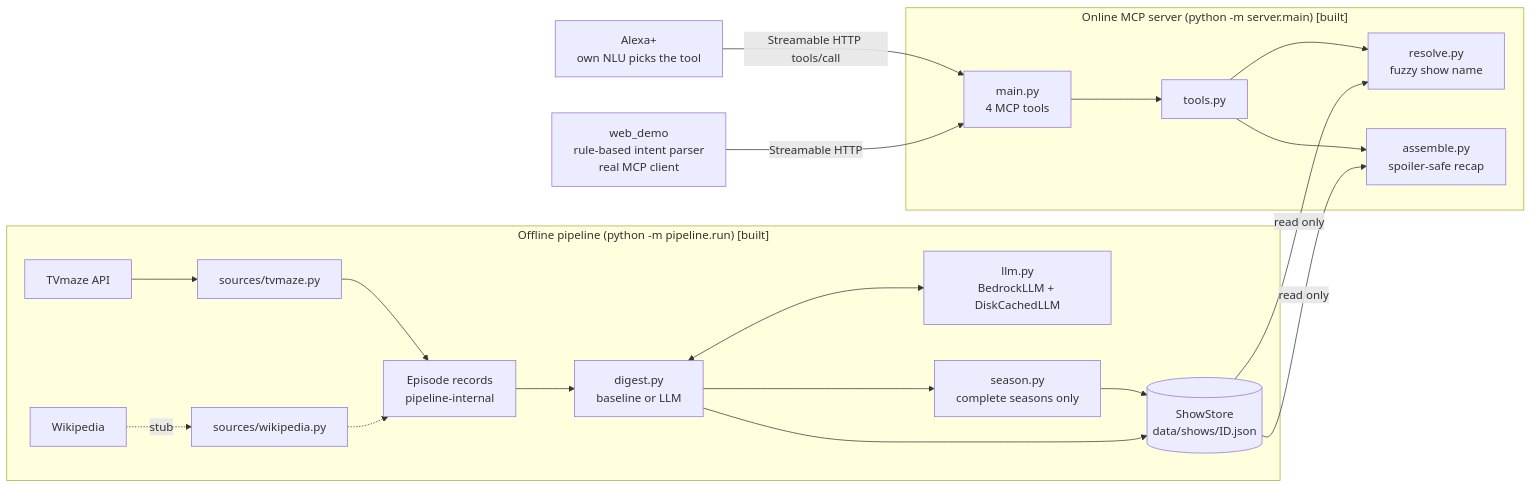
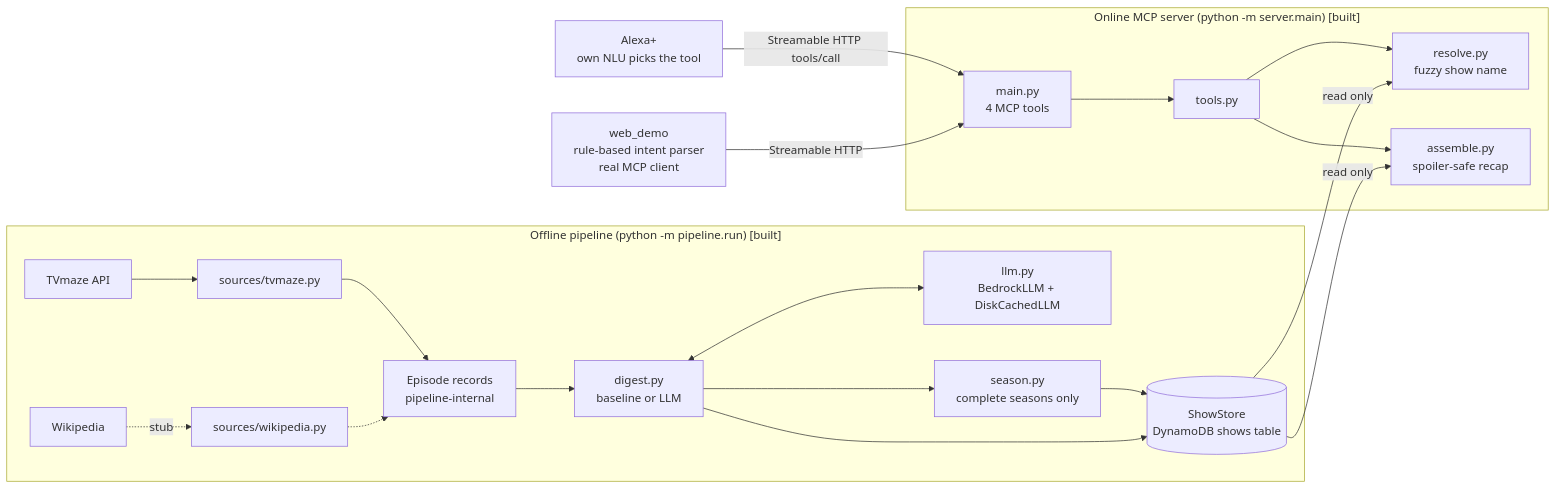
The first of 3 diagrams in docs/architecture.md (himanshuc3/youcantrememberme), drawn with Mermaid before and after one commit. The commit also changed other lines of this file and 24 other files, not shown here.

````diff
--- a/docs/architecture.md
+++ b/docs/architecture.md
@@ -12,26 +12,26 @@
 ```mermaid
 flowchart LR
     subgraph OFFLINE["Offline pipeline  (python -m pipeline.run)  [built]"]
         TV[TVmaze API] --> SRC[sources/tvmaze.py]
         WK[Wikipedia] -.stub.-> SRC2[sources/wikipedia.py]
         SRC --> EP[Episode records<br/>pipeline-internal]
         SRC2 -.-> EP
         EP --> DG[digest.py<br/>baseline or LLM]
         DG <--> LLM[llm.py<br/>BedrockLLM + DiskCachedLLM]
         DG --> SE[season.py<br/>complete seasons only]
-        SE --> SD[(ShowStore<br/>data/shows/ID.json)]
+        SE --> SD[(ShowStore<br/>DynamoDB shows table)]
         DG --> SD
     end
 
     subgraph ONLINE["Online MCP server  (python -m server.main)  [built]"]
         MAIN[main.py<br/>4 MCP tools] --> TOOLS[tools.py]
         TOOLS --> RES[resolve.py<br/>fuzzy show name]
         TOOLS --> ASM[assemble.py<br/>spoiler-safe recap]
     end
 
     SD -- read only --> RES
     SD -- read only --> ASM
 
     ALEXA[Alexa+ <br/> own NLU picks the tool] -- "Streamable HTTP tools/call" --> MAIN
     WEB[web_demo<br/>rule-based intent parser<br/>real MCP client] -- "Streamable HTTP" --> MAIN
 ```
````
